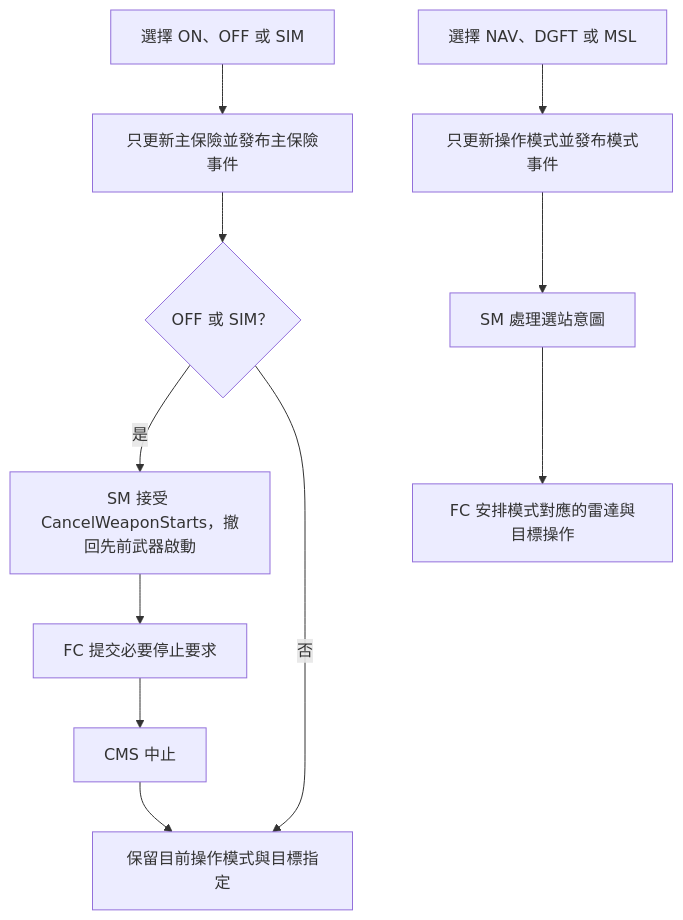
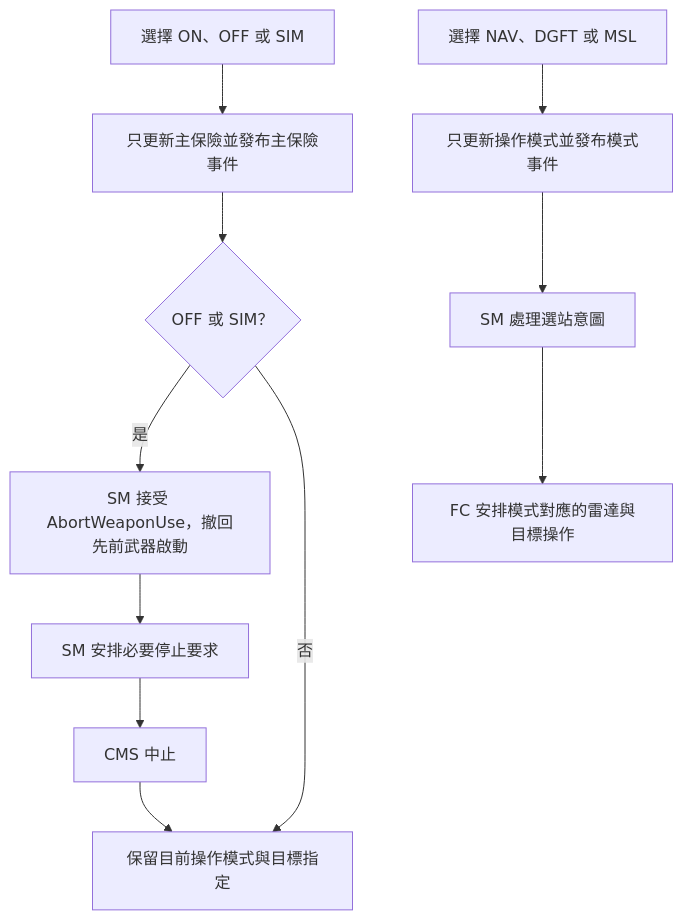
The third of 4 diagrams in src/efm/F-CK-1C_EFM/Core/Systems/MissionComputer/Components/FireControl/README.md (jjjjj103074/F-CK-1C), drawn with Mermaid before and after one commit. The commit also changed other lines of this file and 17 other files, not shown here.

````diff
--- a/src/efm/F-CK-1C_EFM/Core/Systems/MissionComputer/Components/FireControl/README.md
+++ b/src/efm/F-CK-1C_EFM/Core/Systems/MissionComputer/Components/FireControl/README.md
@@ -72,13 +73,13 @@
 ```mermaid
 flowchart TD
     ARM[選擇 ON、OFF 或 SIM] --> ARMDATA[只更新主保險並發布主保險事件]
     ARMDATA --> SAFE{OFF 或 SIM？}
-    SAFE -->|是| CANCEL[SM 接受 CancelWeaponStarts，撤回先前武器啟動]
-    CANCEL --> STOP[FC 提交必要停止要求]
+    SAFE -->|是| CANCEL[SM 接受 AbortWeaponUse，撤回先前武器啟動]
+    CANCEL --> STOP[SM 安排必要停止要求]
     STOP --> CMS[CMS 中止]
     SAFE -->|否| DONE[保留目前操作模式與目標指定]
     CMS --> DONE
     MODE[選擇 NAV、DGFT 或 MSL] --> MODEDATA[只更新操作模式並發布模式事件]
     MODEDATA --> SM[SM 處理選站意圖]
     SM --> FC[FC 安排模式對應的雷達與目標操作]
 ```
````
